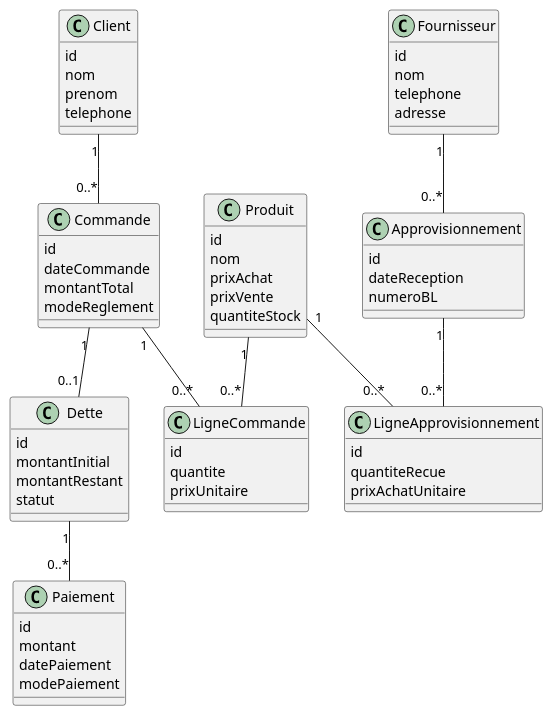
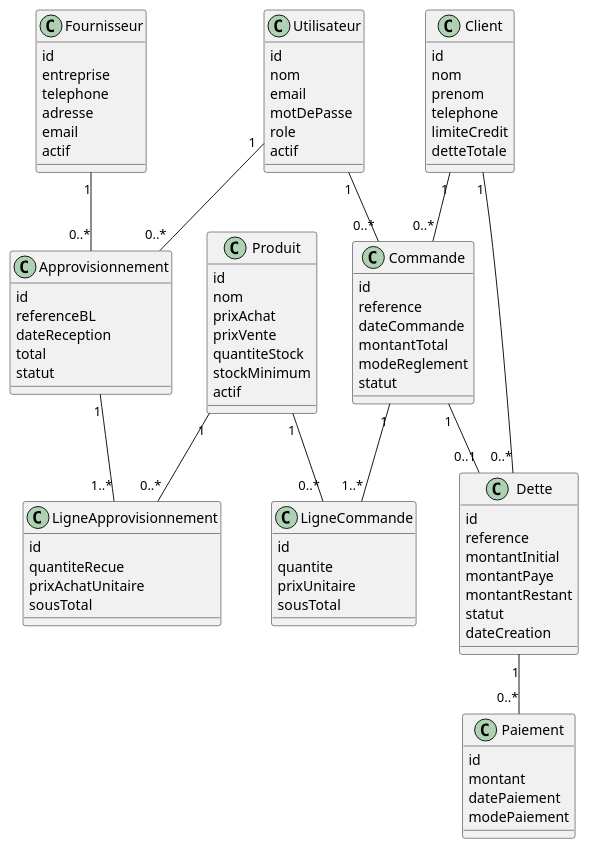
One commit to Aminata234/Gestion_Boutique_POO changed the diagram in docs/DiagrammeClasse.puml. Above: the diagram before and after it, drawn with PlantUML.

Commit message:
docs(uml): ajout des diagrammes de cas d'utilisation et de classes POO

```diff
--- a/docs/DiagrammeClasse.puml
+++ b/docs/DiagrammeClasse.puml
@@ -1,83 +1,106 @@
 @startuml
 
 
+class Utilisateur {
+    id
+    nom
+    email
+    motDePasse
+    role
+    actif
+}
 
 class Produit {
     id
     nom
     prixAchat
     prixVente
     quantiteStock
+    stockMinimum
+    actif
 }
 
 class Client {
     id
     nom
     prenom
     telephone
-    
+    limiteCredit
+    detteTotale
 }
 
 class Commande {
     id
+    reference
     dateCommande
     montantTotal
     modeReglement
+    statut
 }
 
 class LigneCommande {
     id
     quantite
     prixUnitaire
+    sousTotal
 }
 
 class Dette {
     id
+    reference
     montantInitial
+    montantPaye
     montantRestant
     statut
+    dateCreation
 }
 
 class Paiement {
     id
     montant
     datePaiement
     modePaiement
 }
 
 class Fournisseur {
     id
-    nom
+    entreprise
     telephone
     adresse
+    email
+    actif
 }
 
 class Approvisionnement {
     id
+    referenceBL
     dateReception
-    numeroBL
+    total
+    statut
 }
 
 class LigneApprovisionnement {
     id
     quantiteRecue
     prixAchatUnitaire
+    sousTotal
 }
 
-Client "1" -- "0..*" Commande
 
-Commande "1" -- "0..*" LigneCommande
 
+Client "1" -- "0..*" Commande 
+Commande "1" -- "1..*" LigneCommande 
 Produit "1" -- "0..*" LigneCommande
 
-Commande "1" -- "0..1" Dette
+Client "1" -- "0..*" Dette 
+Commande "1" -- "0..1" Dette 
+Dette "1" -- "0..*" Paiement 
 
-Dette "1" -- "0..*" Paiement
+Fournisseur "1" -- "0..*" Approvisionnement 
+Approvisionnement "1" -- "1..*" LigneApprovisionnement 
+Produit "1" -- "0..*" LigneApprovisionnement 
 
-Fournisseur "1" -- "0..*" Approvisionnement
-
-Approvisionnement "1" -- "0..*" LigneApprovisionnement
-
-Produit "1" -- "0..*" LigneApprovisionnement
+Utilisateur "1" -- "0..*" Commande 
+Utilisateur "1" -- "0..*" Approvisionnement 
 
 @enduml
```
